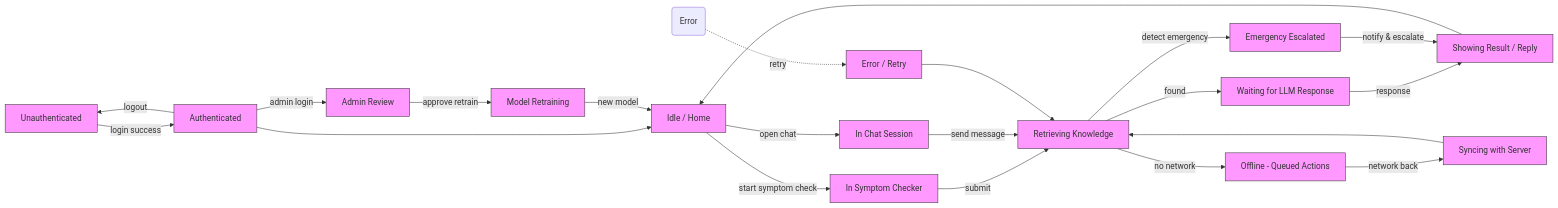
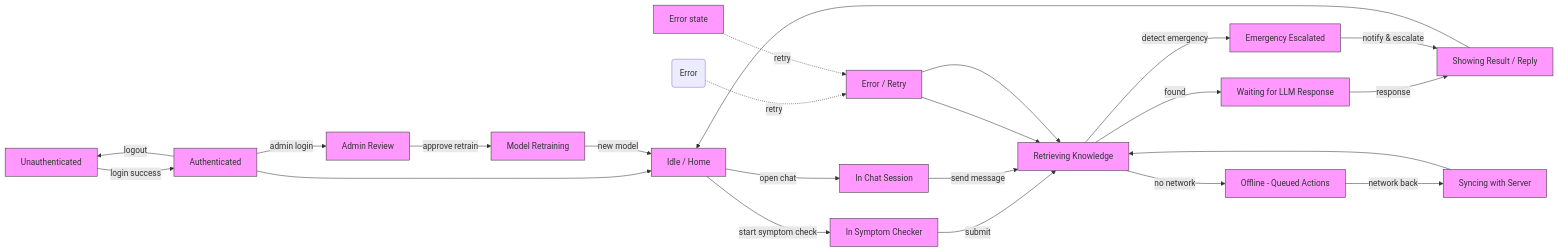
Before and after one commit to SKS-650/AI-Healthcare-Assistant-for-Rular-Areas: the diagram in readme/TransitionDiagram.md, drawn with Mermaid.

Commit message:
trandsion diagram is updated

````diff
--- a/readme/TransitionDiagram.md
+++ b/readme/TransitionDiagram.md
@@ -5,46 +5,51 @@
 ```mermaid
 flowchart LR
   %% Transition-style flow using flowchart for maximum compatibility
   Unauth["Unauthenticated"]
   Auth["Authenticated"]
   Idle["Idle / Home"]
   InSymptom["In Symptom Checker"]
   InChat["In Chat Session"]
   Retrieving["Retrieving Knowledge"]
   WaitingLLM["Waiting for LLM Response"]
   ShowingResult["Showing Result / Reply"]
   EmergencyEsc["Emergency Escalated"]
   OfflineQ["Offline - Queued Actions"]
   Syncing["Syncing with Server"]
   AdminReview["Admin Review"]
   Retrain["Model Retraining"]
   ErrorState["Error / Retry"]
 
   Unauth -->|login success| Auth
   Auth --> Idle
   Idle -->|start symptom check| InSymptom
   Idle -->|open chat| InChat
   InSymptom -->|submit| Retrieving
   InChat -->|send message| Retrieving
   Retrieving -->|found| WaitingLLM
   WaitingLLM -->|response| ShowingResult
   ShowingResult --> Idle
   Retrieving -->|no network| OfflineQ
   OfflineQ -->|network back| Syncing --> Retrieving
   Retrieving -->|detect emergency| EmergencyEsc
   EmergencyEsc -->|notify & escalate| ShowingResult
   AnyError(Error) -.->|retry| ErrorState
   ErrorState --> Retrieving
 
   %% Admin / model lifecycle transitions
   Auth -->|admin login| AdminReview
   AdminReview -->|approve retrain| Retrain
   Retrain -->|new model| Idle
 
   %% Logout path
   Auth -->|logout| Unauth
 
+  %% Error handling
+  ErrorNode["Error state"]
+  ErrorNode -.->|retry| ErrorState
+  ErrorState --> Retrieving
+
   %% Rough legend
   classDef states fill:#f9f,stroke:#333,stroke-width:1px;
-  class Unauth,Auth,Idle,InSymptom,InChat,Retrieving,WaitingLLM,ShowingResult,EmergencyEsc,OfflineQ,Syncing,AdminReview,Retrain,ErrorState states;
+  class Unauth,Auth,Idle,InSymptom,InChat,Retrieving,WaitingLLM,ShowingResult,EmergencyEsc,OfflineQ,Syncing,AdminReview,Retrain,ErrorState,ErrorNode states;
 ```
````
